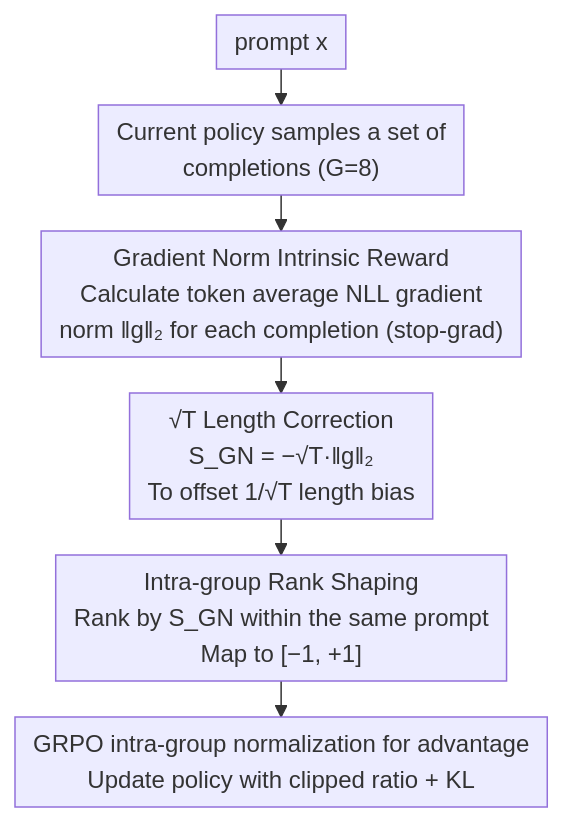
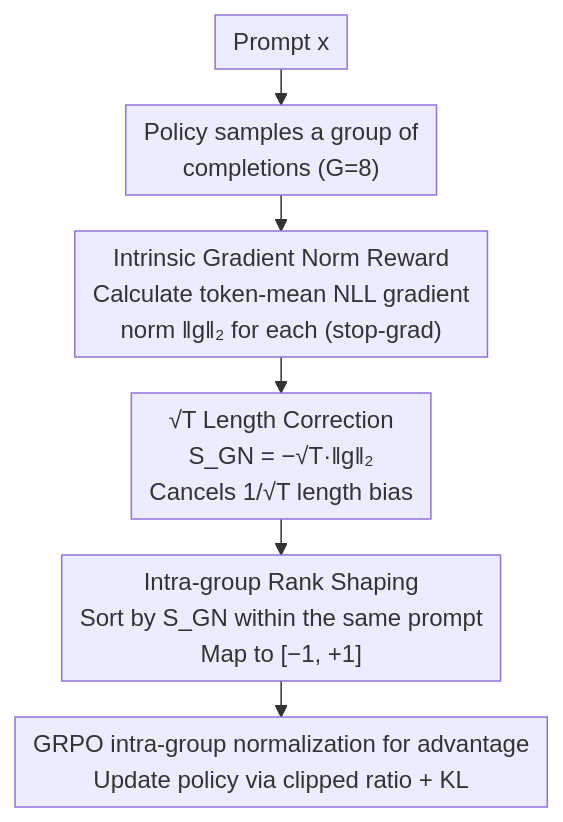
One commit to zhaoyang97/Paper-Notes-en changed the diagram in docs/ACL2026/reinforcement_learning/verifier-free_rl_for_llms_via_intrinsic_gradient-norm_reward.md. Above: the diagram before and after it, drawn with Mermaid. The commit also changed other lines of this file and 5084 other files, not shown here.

````diff
--- a/docs/ACL2026/reinforcement_learning/verifier-free_rl_for_llms_via_intrinsic_gradient-norm_reward.md
+++ b/docs/ACL2026/reinforcement_learning/verifier-free_rl_for_llms_via_intrinsic_gradient-norm_reward.md
@@ -50,9 +50,9 @@
 ```mermaid
 %%{init: {'flowchart': {'rankSpacing': 24, 'nodeSpacing': 28, 'padding': 6, 'wrappingWidth': 400}}}%%
 flowchart TD
-    A["prompt x"] --> B["Current policy samples a set of<br/>completions (G=8)"]
-    B --> C["Gradient Norm Intrinsic Reward<br/>Calculate token average NLL gradient<br/>norm ‖g‖₂ for each completion (stop-grad)"]
-    C --> D["√T Length Correction<br/>S_GN = −√T·‖g‖₂<br/>To offset 1/√T length bias"]
-    D --> E["Intra-group Rank Shaping<br/>Rank by S_GN within the same prompt<br/>Map to [−1, +1]"]
-    E --> F["GRPO intra-group normalization for advantage<br/>Update policy with clipped ratio + KL"]
+    A["Prompt x"] --> B["Policy samples a group of<br/>completions (G=8)"]
+    B --> C["Intrinsic Gradient Norm Reward<br/>Calculate token-mean NLL gradient<br/>norm ‖g‖₂ for each (stop-grad)"]
+    C --> D["√T Length Correction<br/>S_GN = −√T·‖g‖₂<br/>Cancels 1/√T length bias"]
+    D --> E["Intra-group Rank Shaping<br/>Sort by S_GN within the same prompt<br/>Map to [−1, +1]"]
+    E --> F["GRPO intra-group normalization for advantage<br/>Update policy via clipped ratio + KL"]
 ```
````
